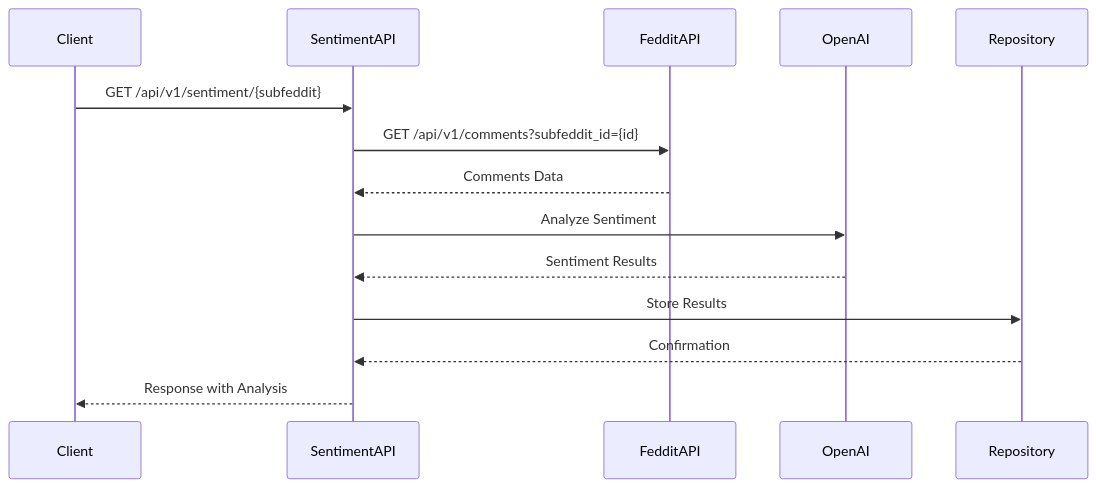
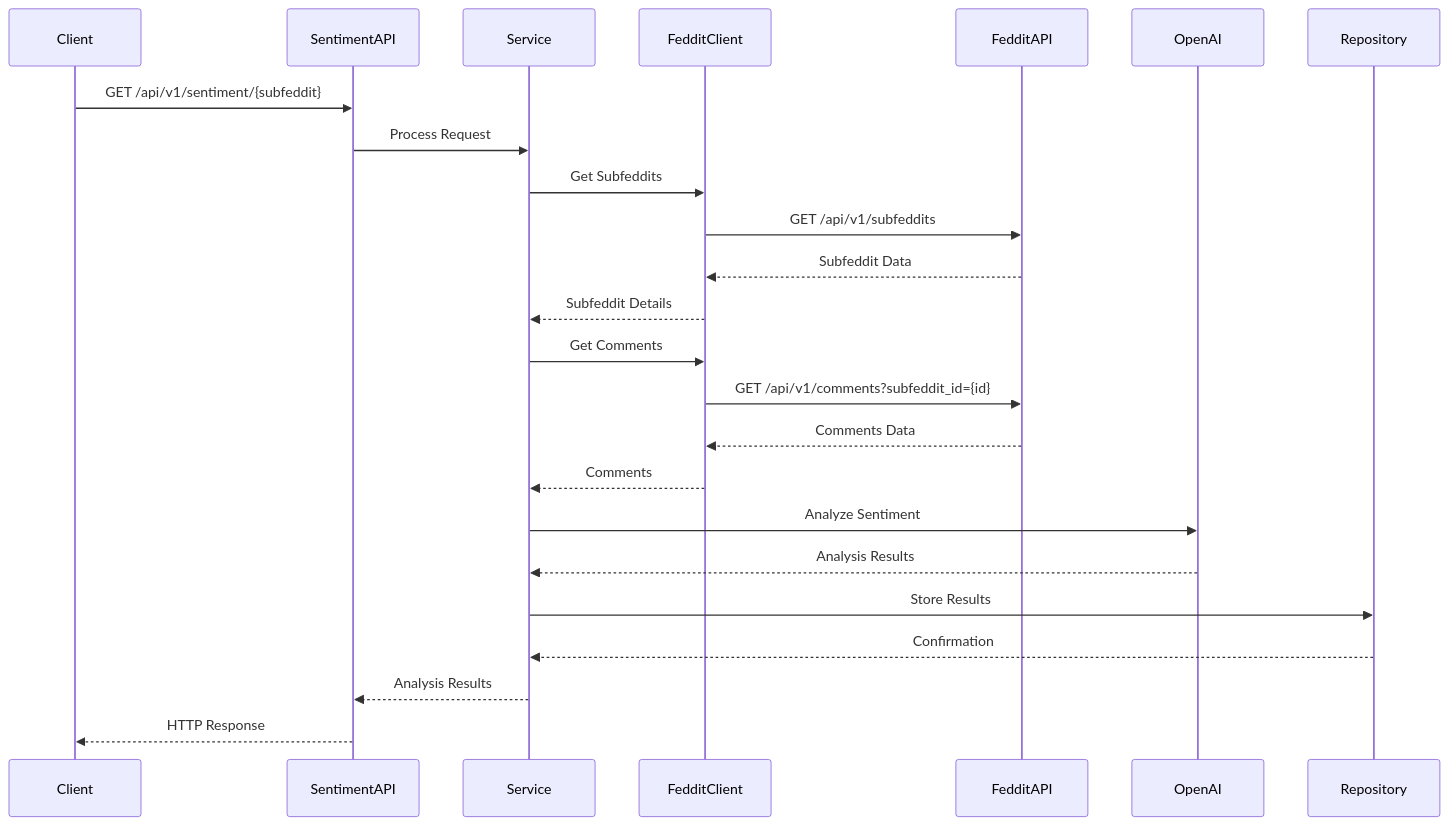
One commit to adriacb/all_interview changed the second of 4 diagrams in docs/architecture.md. Above: the diagram before and after it, drawn with Mermaid. The commit also changed other lines of this file, not shown here.

Commit message:
updated arch

````diff
--- a/docs/architecture.md
+++ b/docs/architecture.md
@@ -25,17 +30,32 @@
 ```mermaid
 sequenceDiagram
     participant Client
     participant SentimentAPI
+    participant Service
+    participant FedditClient
     participant FedditAPI
     participant OpenAI
     participant Repository
     
     Client->>SentimentAPI: GET /api/v1/sentiment/{subfeddit}
-    SentimentAPI->>FedditAPI: GET /api/v1/comments?subfeddit_id={id}
-    FedditAPI-->>SentimentAPI: Comments Data
-    SentimentAPI->>OpenAI: Analyze Sentiment
-    OpenAI-->>SentimentAPI: Sentiment Results
-    SentimentAPI->>Repository: Store Results
-    Repository-->>SentimentAPI: Confirmation
-    SentimentAPI-->>Client: Response with Analysis
+    SentimentAPI->>Service: Process Request
+    
+    Service->>FedditClient: Get Subfeddits
+    FedditClient->>FedditAPI: GET /api/v1/subfeddits
+    FedditAPI-->>FedditClient: Subfeddit Data
+    FedditClient-->>Service: Subfeddit Details
+    
+    Service->>FedditClient: Get Comments
+    FedditClient->>FedditAPI: GET /api/v1/comments?subfeddit_id={id}
+    FedditAPI-->>FedditClient: Comments Data
+    FedditClient-->>Service: Comments
+    
+    Service->>OpenAI: Analyze Sentiment
+    OpenAI-->>Service: Analysis Results
+    
+    Service->>Repository: Store Results
+    Repository-->>Service: Confirmation
+    
+    Service-->>SentimentAPI: Analysis Results
+    SentimentAPI-->>Client: HTTP Response
 ```
````
